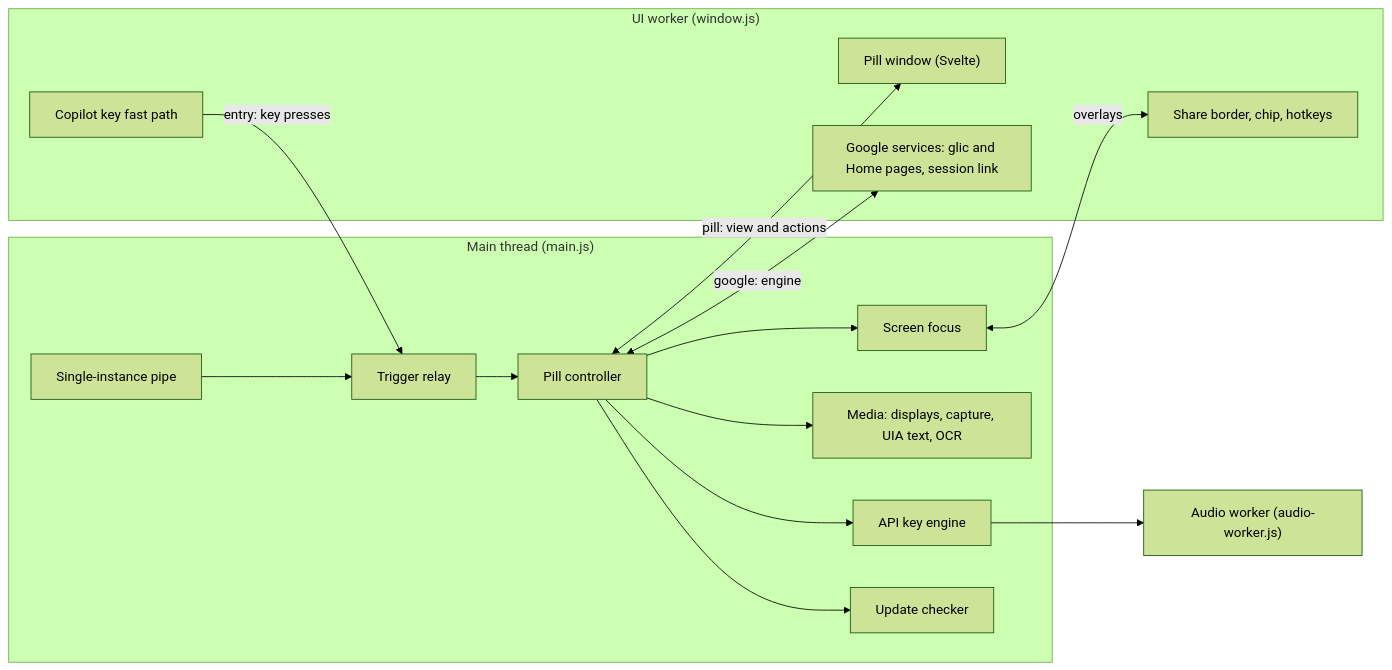
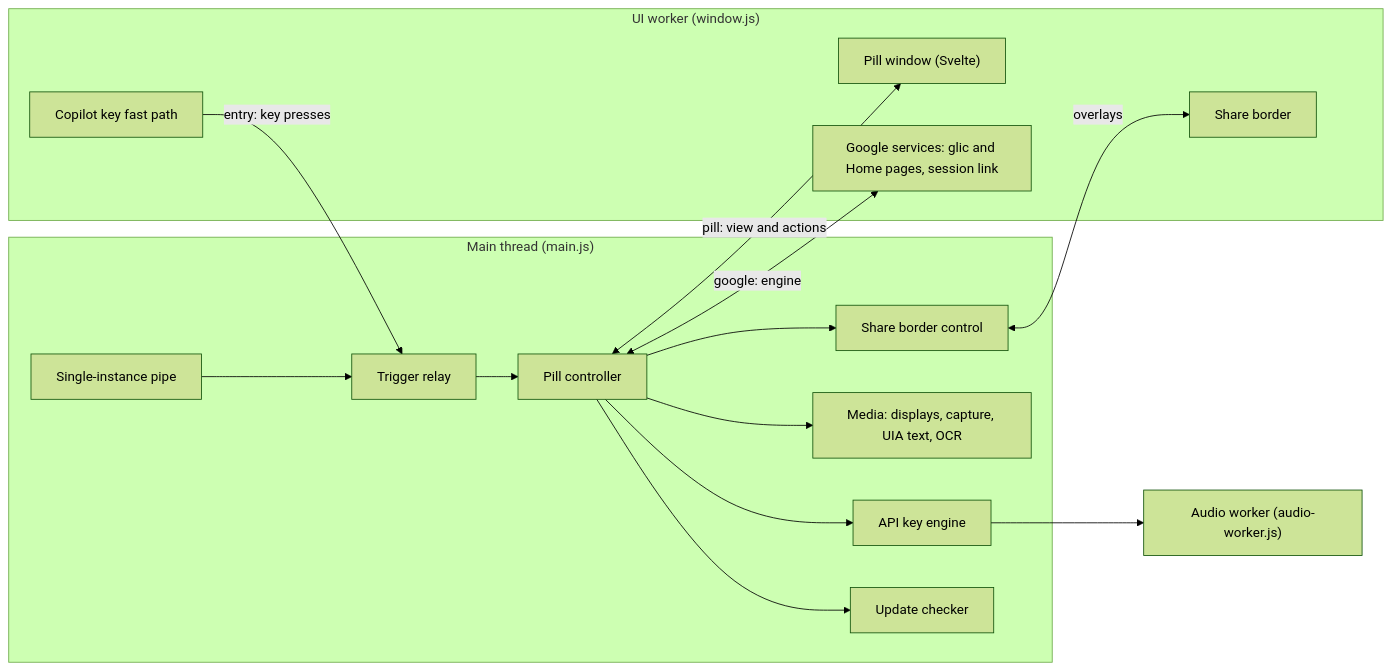
One commit to avi12/gemini-live-for-windows changed the seventh of 8 diagrams in ARCHITECTURE.md. Above: the diagram before and after it, drawn with Mermaid (forest theme). The commit also changed other lines of this file, not shown here.

First line of the commit message:
docs(architecture): describe the overlays and wiring as they now are

````diff
--- a/ARCHITECTURE.md
+++ b/ARCHITECTURE.md
@@ -168,23 +168,23 @@
 ```mermaid
 flowchart LR
   subgraph Main["Main thread (main.js)"]
     Pipe["Single-instance pipe"] --> Relay["Trigger relay"]
     Relay --> Ctl["Pill controller"]
     Ctl --> Api["API key engine"]
     Ctl --> Media["Media: displays, capture, UIA text, OCR"]
-    Ctl --> Focus["Screen focus"]
+    Ctl --> Focus["Share border control"]
     Ctl --> Upd["Update checker"]
   end
   subgraph Ui["UI worker (window.js)"]
     Pill["Pill window (Svelte)"]
-    Ovl["Share border, chip, hotkeys"]
+    Ovl["Share border"]
     Fast["Copilot key fast path"]
     Goog["Google services: glic and Home pages, session link"]
   end
   Audio["Audio worker (audio-worker.js)"]
   Ctl <-->|"pill: view and actions"| Pill
   Focus <-->|"overlays"| Ovl
   Ctl <-->|"google: engine"| Goog
   Fast -->|"entry: key presses"| Relay
   Api --> Audio
 ```
````
